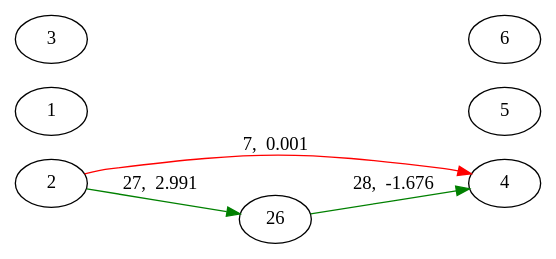
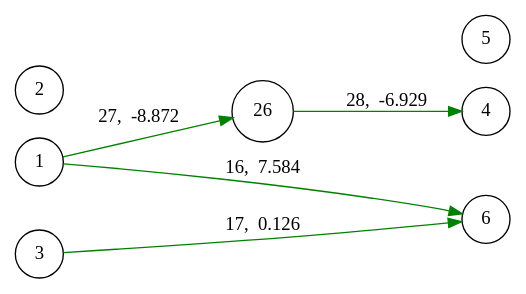
One commit to Rithvik-Reddy-Adapa/NEATJulia changed the diagram in neat_0_1.dot. Above: the diagram before and after it, drawn with Graphviz. The commit also changed 10 other files, not shown here.

```diff
--- a/neat_0_1.dot
+++ b/neat_0_1.dot
@@ -1,9 +1,11 @@
 digraph {
 	rankdir=LR;
-	2->4[color=red,label="7,  0.001",penwidth=1.0];
-	2->26[color=green,label="27,  2.991",penwidth=1.0];
+	node [shape=circle];
+	1->6[color=green,label="16,  7.584",penwidth=1.0];
+	1->26[color=green,label="27,  -8.872",penwidth=1.0];
+	3->6[color=green,label="17,  0.126",penwidth=1.0];
 	{rank=same; 1, 2, 3}
-	26->4[color=green,label="28,  -1.676",penwidth=1.0];
+	26->4[color=green,label="28,  -6.929",penwidth=1.0];
 	{rank=same; 26}
 	{rank=same; 4, 5, 6}
 }
```
